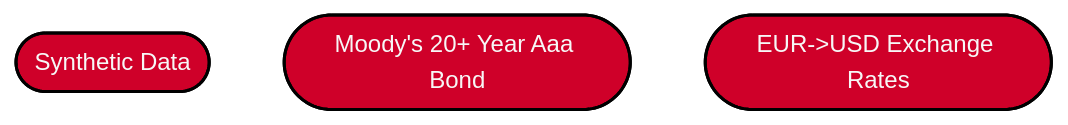
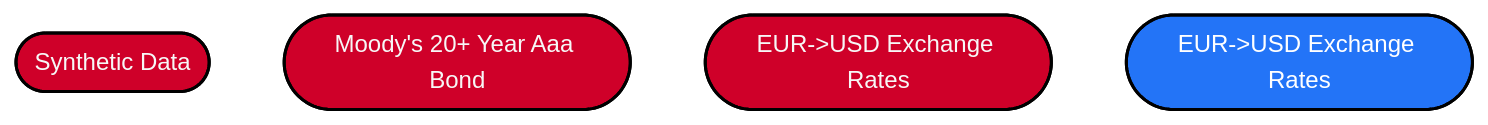
The second of 4 diagrams in labels.md (acatlin/mermaid), drawn with Mermaid (neutral theme) before and after one commit.

Commit message:
Update labels.md
blue

````diff
--- a/labels.md
+++ b/labels.md
@@ -21,16 +21,17 @@
 ```mermaid
 
 graph TD
 
   %% Colors %%
   classDef blue fill:#2374f7,stroke:#000,stroke-width:2px,color:#fff
   classDef orange fill:#fc822b,stroke:#000,stroke-width:2px,color:#fff
   classDef green fill:#16b552,stroke:#000,stroke-width:2px,color:#fff
   classDef red fill:#ed2633,stroke:#000,stroke-width:2px,color:#fff
   classDef magenta fill:magenta,stroke:#000,stroke-width:2px,color:#fff
   classDef s_p fill:#cf0029,stroke:#000,stroke-width:2px,color:#f7f7f7
 
   A2([Synthetic Data]):::s_p
   B2([Moody's 20+ Year Aaa Bond]):::s_p
   C2([EUR->USD Exchange Rates]):::s_p
+  C3([EUR->USD Exchange Rates]):::blue
 ```
````
